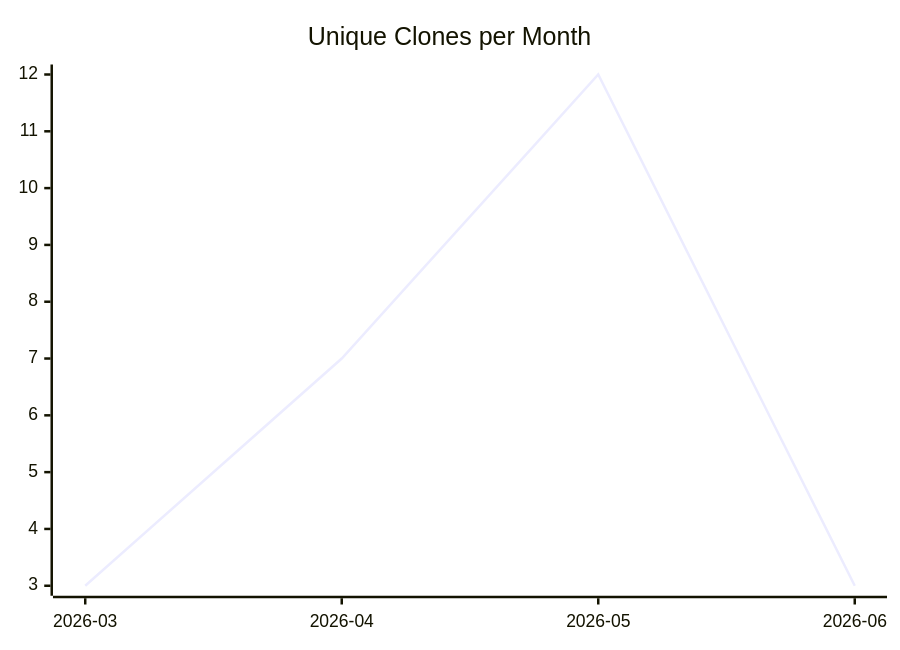
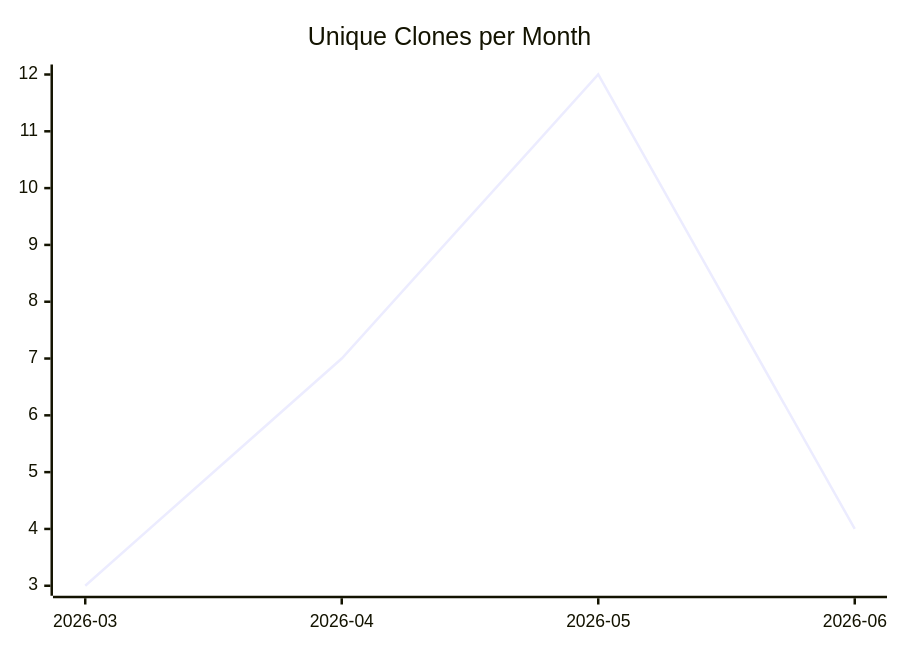
Before and after one commit to justdavis-family/github-analytics-data: the third of 3 diagrams in karlmdavis/perfect-note/README.md, drawn with Mermaid. The commit also changed other lines of this file and 197 other files, not shown here.

````diff
--- a/karlmdavis/perfect-note/README.md
+++ b/karlmdavis/perfect-note/README.md
@@ -19,6 +19,6 @@
 ```mermaid
 xychart-beta
   title "Unique Clones per Month"
   x-axis ["2026-03", "2026-04", "2026-05", "2026-06"]
-  line [3, 7, 12, 3]
+  line [3, 7, 12, 4]
 ```
````
